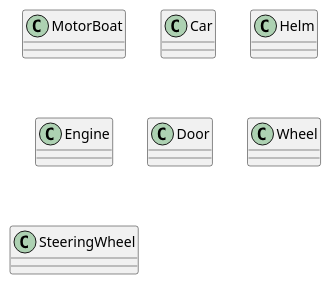
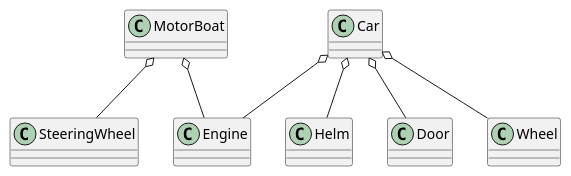
Before and after one commit to 63030042Nanraya/OOP-2564-Week-05: the eighth of 12 diagrams in 63030079/Assigment-Week-05.md, drawn with PlantUML. The commit also changed other lines of this file, not shown here.

````diff
--- a/63030079/Assigment-Week-05.md
+++ b/63030079/Assigment-Week-05.md
@@ -158,13 +160,17 @@
 ``` puml
 @startuml 
 class MotorBoat{}
 class Car{}
 class Helm{}
 class Engine{}
 class Door{}
 class Wheel{}
 class SteeringWheel{}
-' Todo: ทำให้สมบูรณ์
-
+MotorBoat o-- SteeringWheel
+MotorBoat o-- Engine
+Car o-- Engine
+Car o-- Door
+Car o-- Wheel
+Car o-- Helm
 @enduml 
 ```
````
